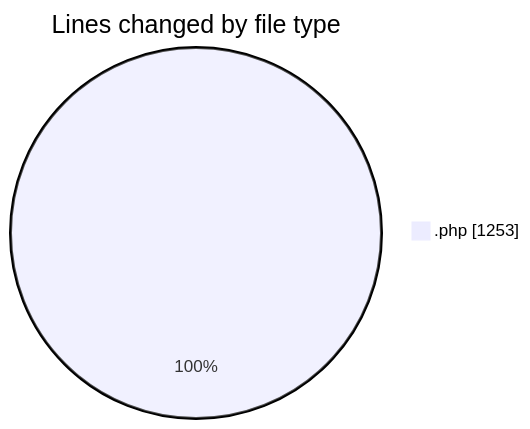
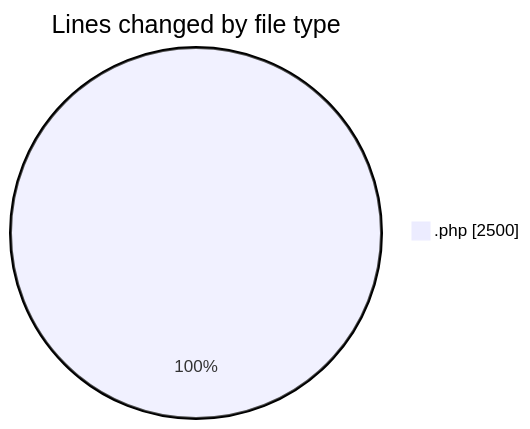
One commit to robertbonfada/code-tracking changed the first of 2 diagrams in 2025-02-14/checkout/README.md. Above: the diagram before and after it, drawn with Mermaid. The commit also changed other lines of this file and 1 other file, not shown here.

````diff
--- a/2025-02-14/checkout/README.md
+++ b/2025-02-14/checkout/README.md
@@ -20,5 +20,5 @@
 ```mermaid
 pie showData
 title Lines changed by file type
-".php" : 1253
+".php" : 2500
 ```
````
